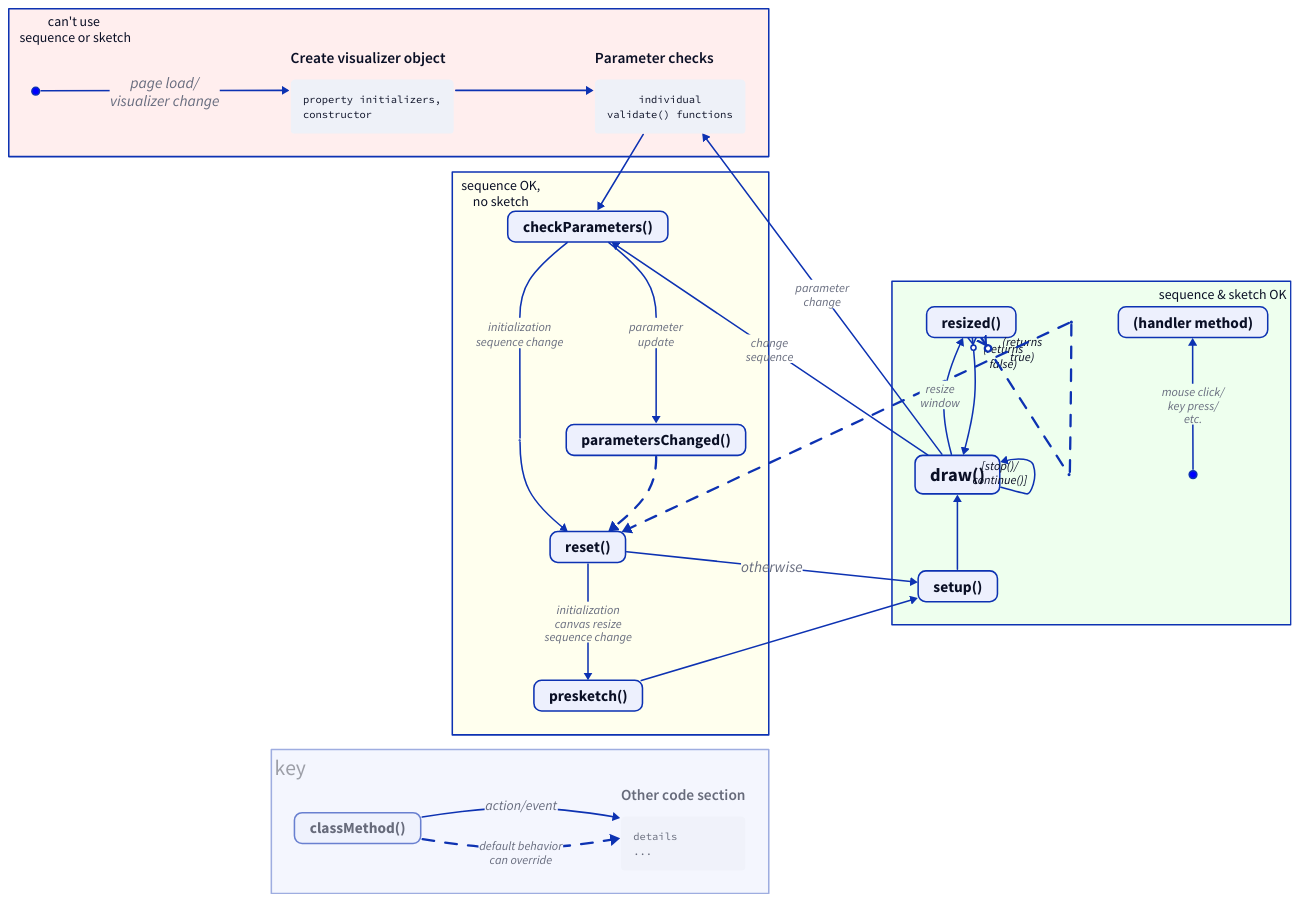
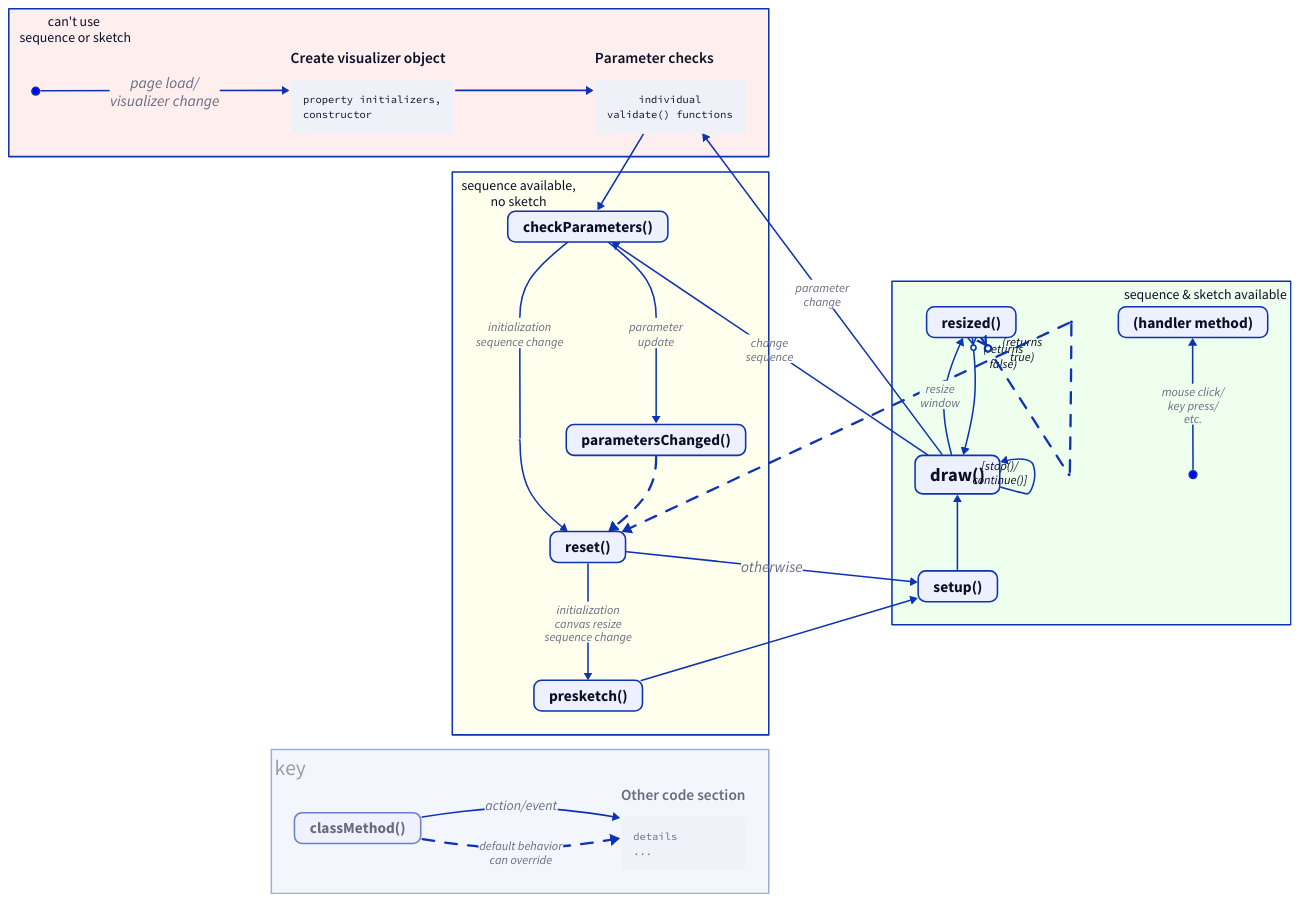
The diagram in doc/visualizer-in-depth.md (numberscope/frontscope), drawn with D2 before and after one commit. The commit also changed other lines of this file and 7 other files, not shown here.

```diff
--- a/doc/visualizer-in-depth.md
+++ b/doc/visualizer-in-depth.md
@@ -68,7 +68,7 @@
 }
 mid: {
   near: center-left
-  label: "    sequence OK,\nno sketch"
+  label: "    sequence available,\nno sketch"
   label.near: top-left
   style.fill: "#ffe"
   style.font-size: 18
@@ -93,7 +93,7 @@
 late: {
   near: center-right
   direction: up
-  label: "sequence & sketch OK"
+  label: "sequence & sketch available"
   label.near: top-right
   style.fill: "#efe"
   style.font-size: 18
```
